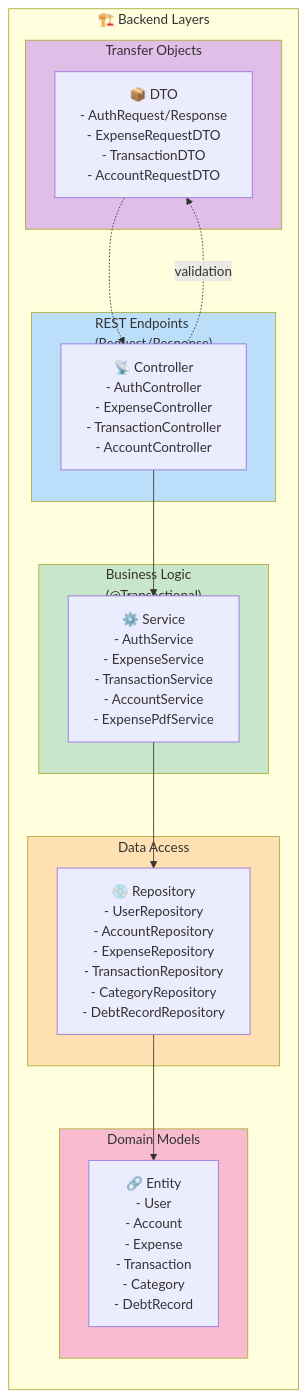
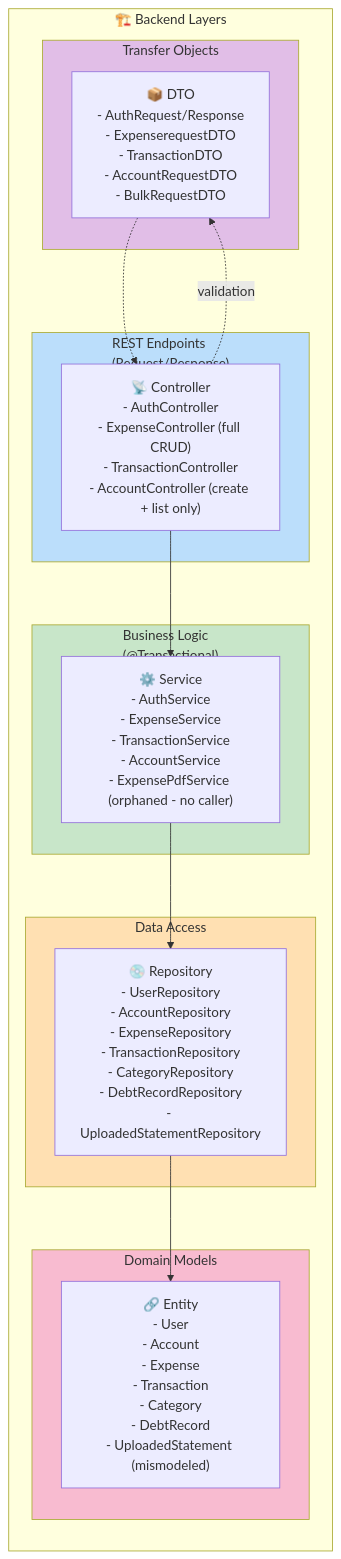
Before and after one commit to Bhawesh-007/Phonpe_Manager: the second of 5 diagrams in src/main/java/com/Bhawesh/expense_tracker/architecture/arch.md, drawn with Mermaid. The commit also changed other lines of this file and 16 other files, not shown here.

Commit message:
feat :implement cateogries and account full fixed apis

````diff
--- a/src/main/java/com/Bhawesh/expense_tracker/architecture/arch.md
+++ b/src/main/java/com/Bhawesh/expense_tracker/architecture/arch.md
@@ -47,38 +64,38 @@
 ```mermaid
 graph LR
     subgraph Layers["🏗️ Backend Layers"]
         direction TB
-        
+
         subgraph Layer1["REST Endpoints<br/>(Request/Response)"]
-            CTR["📡 Controller<br/>- AuthController<br/>- ExpenseController<br/>- TransactionController<br/>- AccountController"]
+            CTR["📡 Controller<br/>- AuthController<br/>- ExpenseController (full CRUD)<br/>- TransactionController<br/>- AccountController (create + list only)"]
         end
-        
+
         subgraph Layer2["Business Logic<br/>(@Transactional)"]
-            SRV["⚙️ Service<br/>- AuthService<br/>- ExpenseService<br/>- TransactionService<br/>- AccountService<br/>- ExpensePdfService"]
+            SRV["⚙️ Service<br/>- AuthService<br/>- ExpenseService<br/>- TransactionService<br/>- AccountService<br/>- ExpensePdfService (orphaned - no caller)"]
         end
-        
+
         subgraph Layer3["Data Access"]
-            REP["💿 Repository<br/>- UserRepository<br/>- AccountRepository<br/>- ExpenseRepository<br/>- TransactionRepository<br/>- CategoryRepository<br/>- DebtRecordRepository"]
+            REP["💿 Repository<br/>- UserRepository<br/>- AccountRepository<br/>- ExpenseRepository<br/>- TransactionRepository<br/>- CategoryRepository<br/>- DebtRecordRepository<br/>- UploadedStatementRepository"]
         end
-        
+
         subgraph Layer4["Domain Models"]
-            ENT["🔗 Entity<br/>- User<br/>- Account<br/>- Expense<br/>- Transaction<br/>- Category<br/>- DebtRecord"]
+            ENT["🔗 Entity<br/>- User<br/>- Account<br/>- Expense<br/>- Transaction<br/>- Category<br/>- DebtRecord<br/>- UploadedStatement (mismodeled)"]
         end
-        
+
         subgraph Layer5["Transfer Objects"]
-            DTO["📦 DTO<br/>- AuthRequest/Response<br/>- ExpenseRequestDTO<br/>- TransactionDTO<br/>- AccountRequestDTO"]
+            DTO["📦 DTO<br/>- AuthRequest/Response<br/>- ExpenserequestDTO<br/>- TransactionDTO<br/>- AccountRequestDTO<br/>- BulkRequestDTO"]
         end
     end
 
     CTR --> SRV
     SRV --> REP
     REP --> ENT
     CTR -.->|validation| DTO
     DTO -.-> CTR
 
     style Layer1 fill:#bbdefb
     style Layer2 fill:#c8e6c9
     style Layer3 fill:#ffe0b2
     style Layer4 fill:#f8bbd0
     style Layer5 fill:#e1bee7
 ```
````
